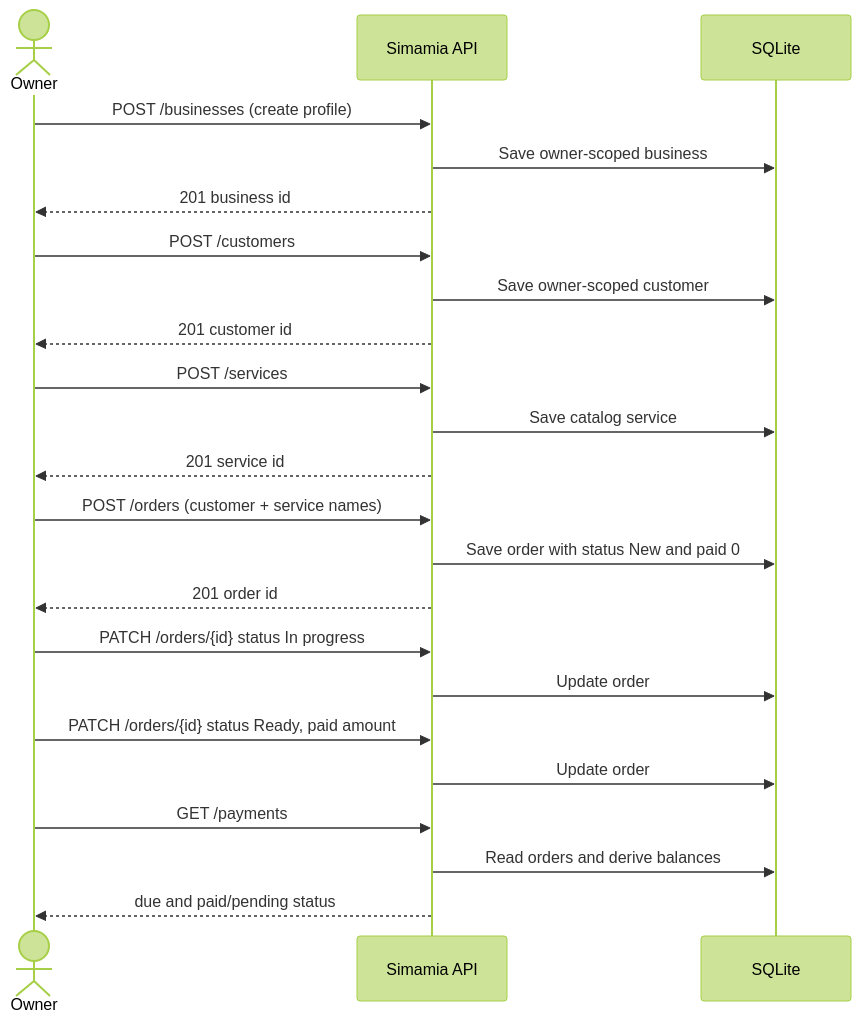
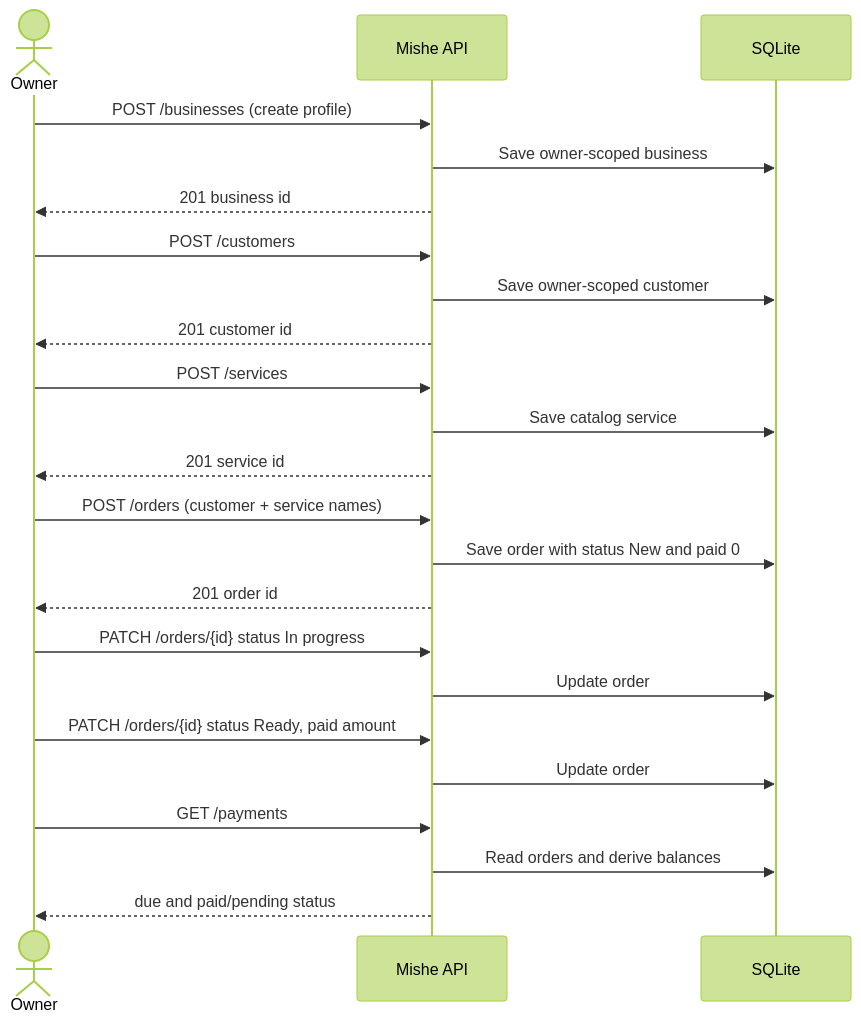
Before and after one commit to troubleman96/SIMAMIA-free: the diagram in docs-site/app/workflows/create-and-complete-job/page.mdx, drawn with Mermaid (forest theme). The commit also changed other lines of this file and 33 other files, not shown here.

Commit message:
Update API, docs-site, landing, env and SVG assets to Mishe branding

````diff
--- a/docs-site/app/workflows/create-and-complete-job/page.mdx
+++ b/docs-site/app/workflows/create-and-complete-job/page.mdx
@@ -10,25 +10,25 @@
 ```mermaid
 sequenceDiagram
   actor Owner
-  participant API as Simamia API
+  participant API as Mishe API
   participant DB as SQLite
   Owner->>API: POST /businesses (create profile)
   API->>DB: Save owner-scoped business
   API-->>Owner: 201 business id
   Owner->>API: POST /customers
   API->>DB: Save owner-scoped customer
   API-->>Owner: 201 customer id
   Owner->>API: POST /services
   API->>DB: Save catalog service
   API-->>Owner: 201 service id
   Owner->>API: POST /orders (customer + service names)
   API->>DB: Save order with status New and paid 0
   API-->>Owner: 201 order id
   Owner->>API: PATCH /orders/{id} status In progress
   API->>DB: Update order
   Owner->>API: PATCH /orders/{id} status Ready, paid amount
   API->>DB: Update order
   Owner->>API: GET /payments
   API->>DB: Read orders and derive balances
   API-->>Owner: due and paid/pending status
 ```
````
